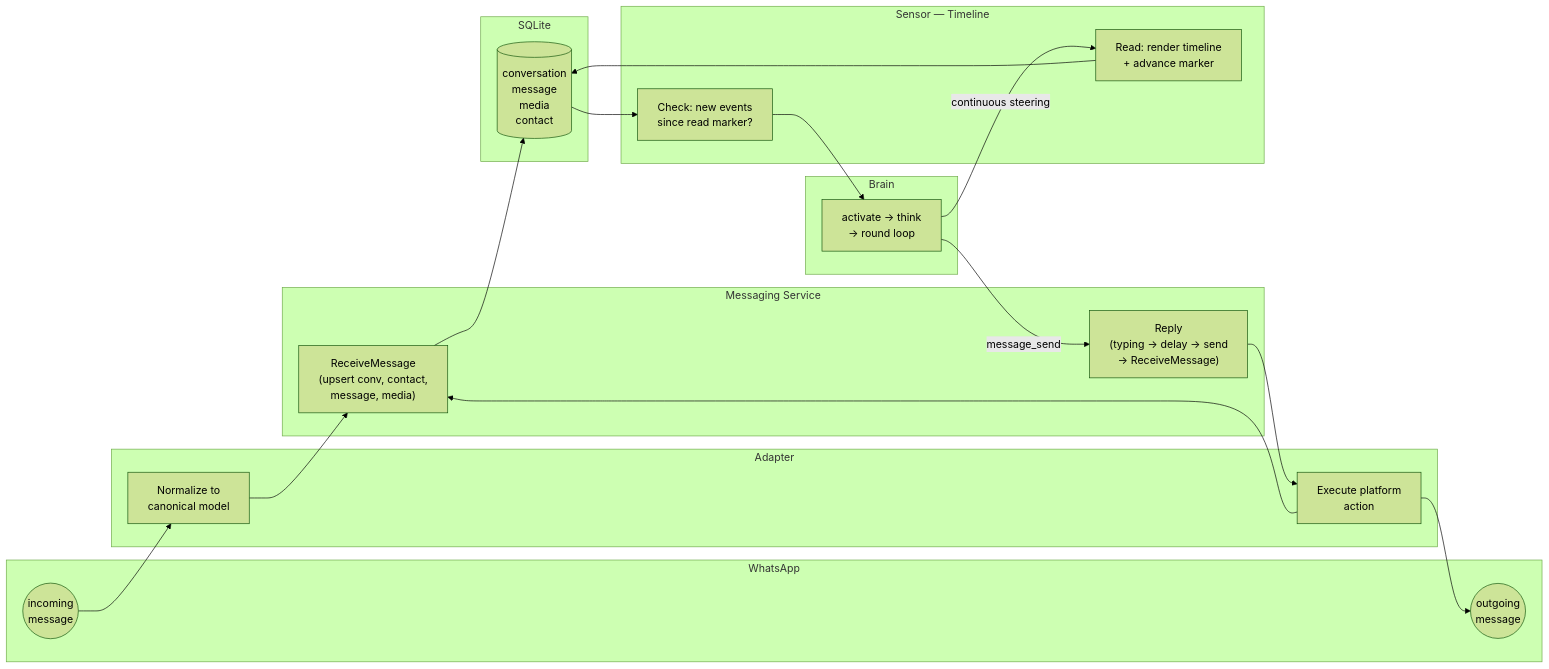
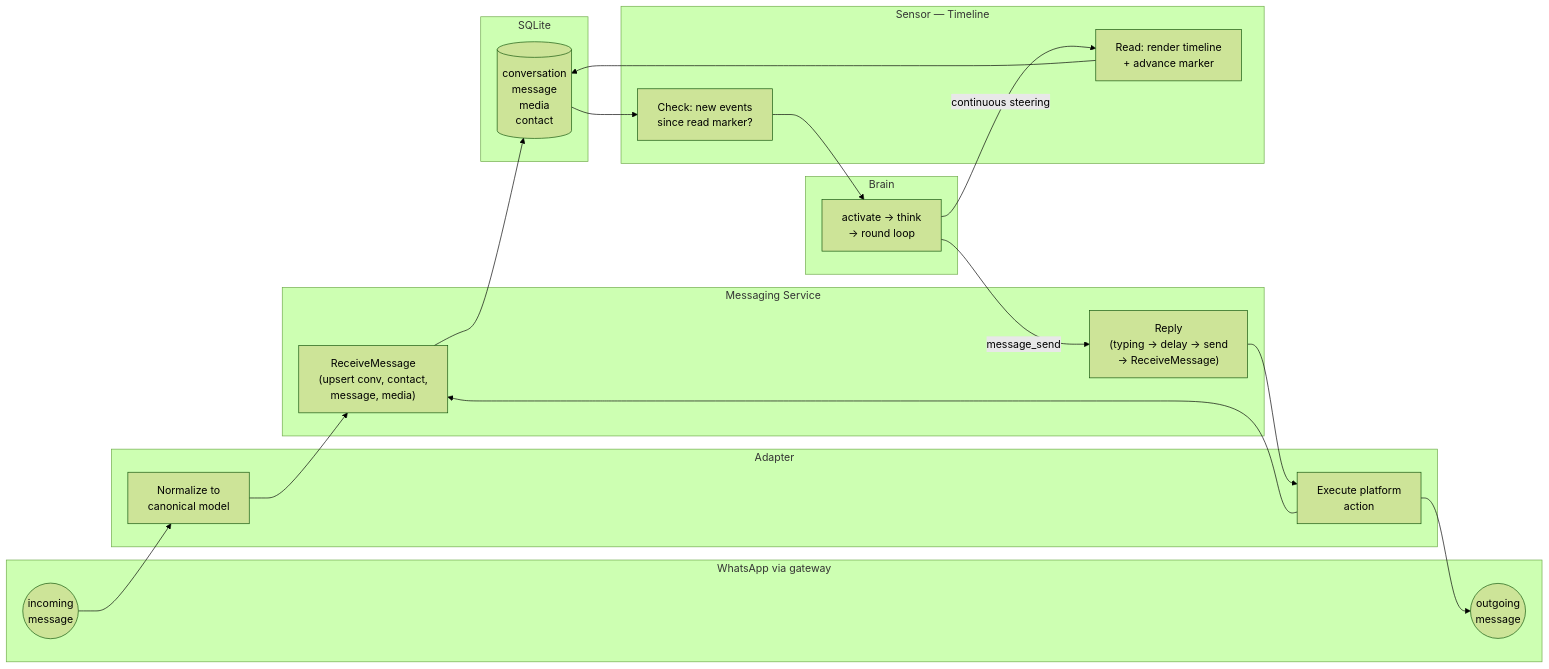
The second of 2 diagrams in docs/ARCHITECTURE.md (kilianc/nik), drawn with Mermaid (forest theme) before and after one commit. The commit also changed other lines of this file and 24 other files, not shown here.

First line of the commit message:
feat(gateway): the gateway is nik's only whatsapp transport (#8)

````diff
--- a/docs/ARCHITECTURE.md
+++ b/docs/ARCHITECTURE.md
@@ -144,36 +144,36 @@
 ```mermaid
 flowchart LR
-    subgraph whatsapp [WhatsApp]
+    subgraph whatsapp [WhatsApp via gateway]
         WA_In(("incoming\nmessage"))
         WA_Out(("outgoing\nmessage"))
     end
 
     subgraph adapter [Adapter]
         Normalize["Normalize to\ncanonical model"]
         Execute["Execute platform\naction"]
     end
 
     subgraph service [Messaging Service]
         Receive["ReceiveMessage\n(upsert conv, contact,\nmessage, media)"]
         Reply["Reply\n(typing → delay → send\n→ ReceiveMessage)"]
     end
 
     subgraph db [SQLite]
         Tables[("conversation\nmessage\nmedia\ncontact")]
     end
 
     subgraph sensor [Sensor — Timeline]
         Check["Check: new events\nsince read marker?"]
         Read["Read: render timeline\n+ advance marker"]
     end
 
     subgraph brainBox [Brain]
         BrainLoop["activate → think\n→ round loop"]
     end
 
     WA_In --> Normalize --> Receive --> Tables
     Tables --> Check --> BrainLoop
     BrainLoop -- "continuous steering" --> Read --> Tables
     BrainLoop -- "message_send" --> Reply --> Execute --> WA_Out
     Execute --> Receive
 ```
````
